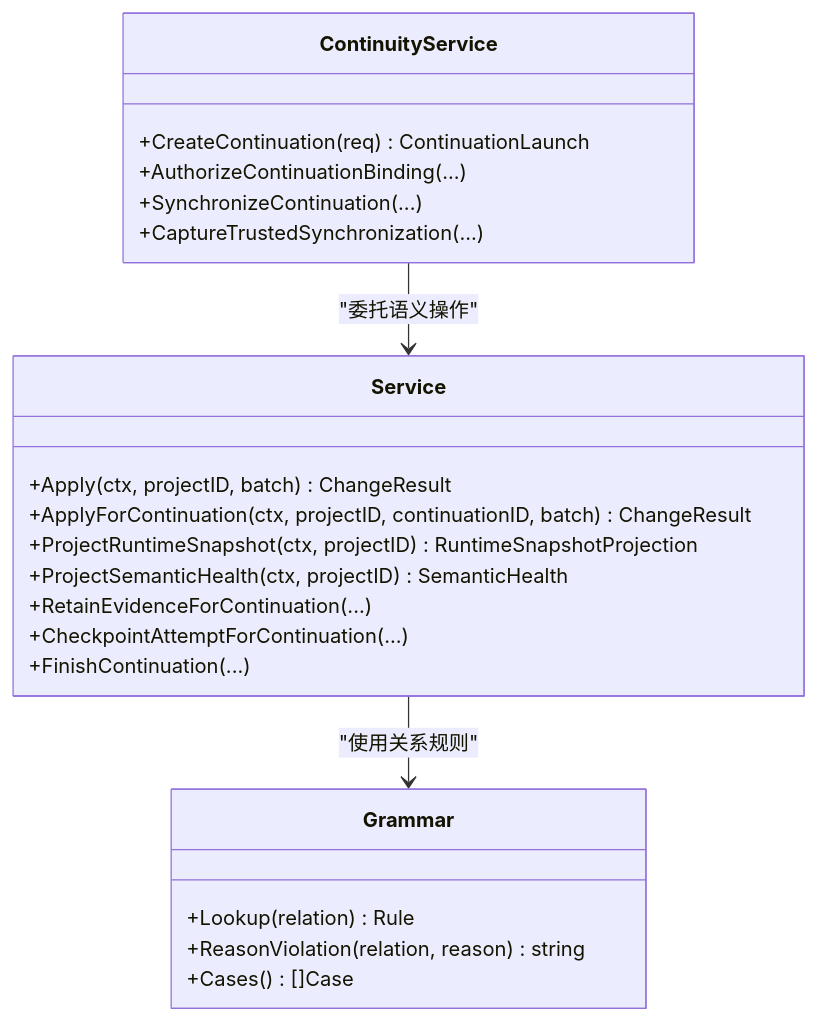
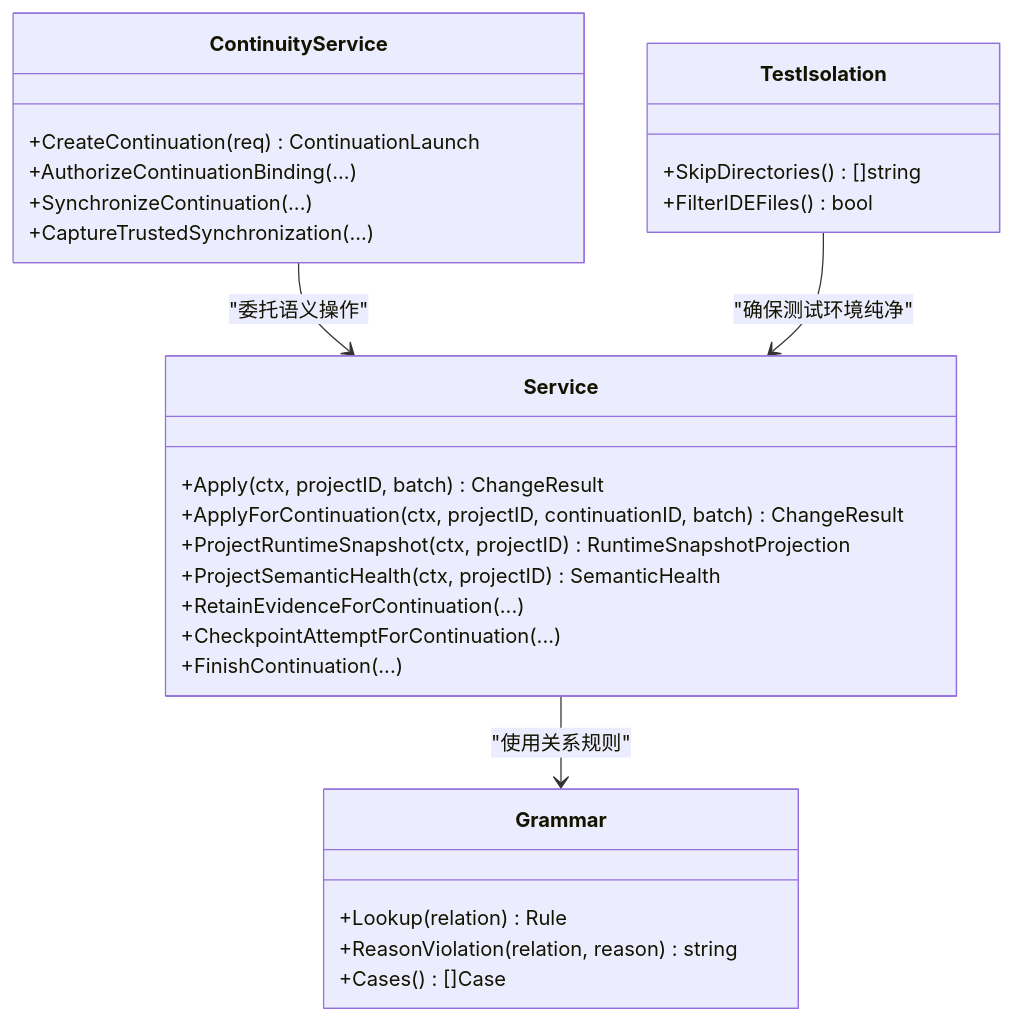
One commit to n1majne3/CyberPenda changed the second of 10 diagrams in .qoder/repowiki/zh/content/核心架构/记忆平面 - Blackboard v2/记忆平面 - Blackboard v2.md. Above: the diagram before and after it, drawn with Mermaid. The commit also changed other lines of this file and 159 other files, not shown here.

````diff
--- a/.qoder/repowiki/zh/content/核心架构/记忆平面 - Blackboard v2/记忆平面 - Blackboard v2.md
+++ b/.qoder/repowiki/zh/content/核心架构/记忆平面 - Blackboard v2/记忆平面 - Blackboard v2.md
@@ -102,25 +115,30 @@
 ```mermaid
 classDiagram
 class Service {
 +Apply(ctx, projectID, batch) ChangeResult
 +ApplyForContinuation(ctx, projectID, continuationID, batch) ChangeResult
 +ProjectRuntimeSnapshot(ctx, projectID) RuntimeSnapshotProjection
 +ProjectSemanticHealth(ctx, projectID) SemanticHealth
 +RetainEvidenceForContinuation(...)
 +CheckpointAttemptForContinuation(...)
 +FinishContinuation(...)
 }
 class ContinuityService {
 +CreateContinuation(req) ContinuationLaunch
 +AuthorizeContinuationBinding(...)
 +SynchronizeContinuation(...)
 +CaptureTrustedSynchronization(...)
 }
 class Grammar {
 +Lookup(relation) Rule
 +ReasonViolation(relation, reason) string
 +Cases() []Case
 }
+class TestIsolation {
++SkipDirectories() []string
++FilterIDEFiles() bool
+}
 Service --> Grammar : "使用关系规则"
 ContinuityService --> Service : "委托语义操作"
+TestIsolation --> Service : "确保测试环境纯净"
 ```
````
